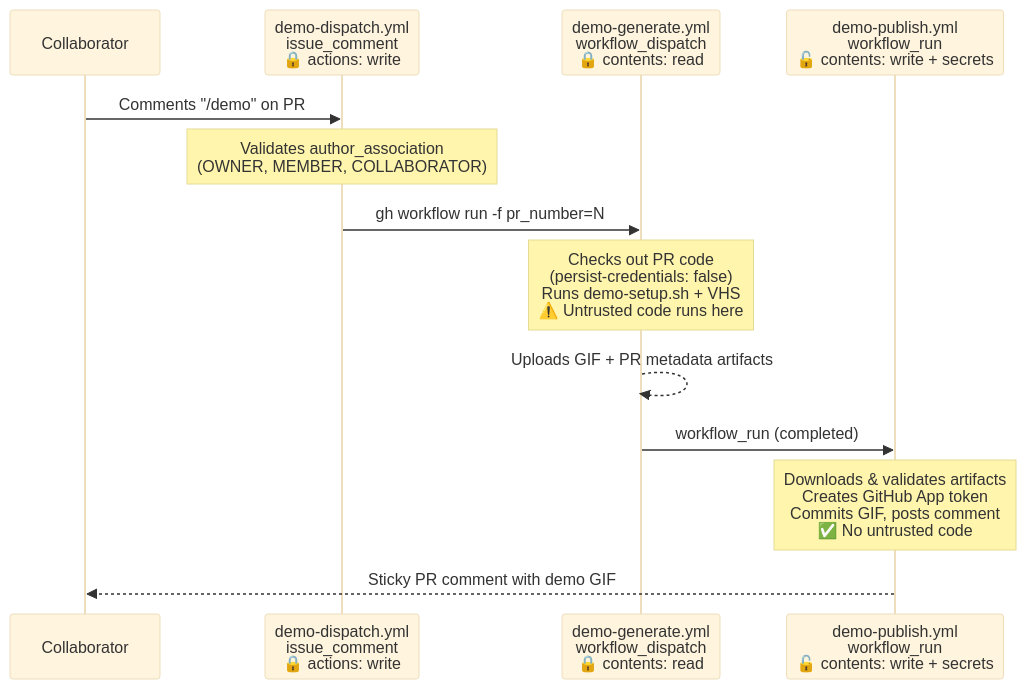
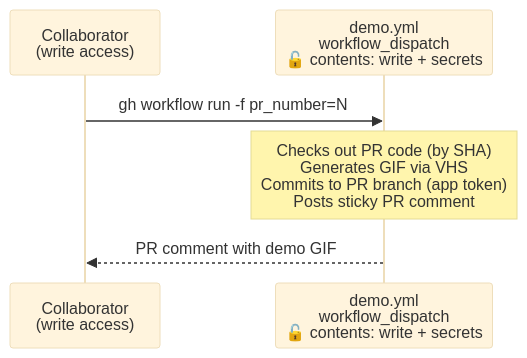
Before and after one commit to sethrylan/readis: the diagram in docs/readme.md, drawn with Mermaid (base theme). The commit also changed other lines of this file and 4 other files, not shown here.

Commit message:
ci(refactor): simplify demo workflow to only dispatch (#135)

````diff
--- a/docs/readme.md
+++ b/docs/readme.md
@@ -41,16 +41,9 @@
 ```mermaid
 sequenceDiagram
-    participant U as Collaborator
-    participant T as demo-dispatch.yml<br/>issue_comment<br/>🔒 actions: write
-    participant G as demo-generate.yml<br/>workflow_dispatch<br/>🔒 contents: read
-    participant P as demo-publish.yml<br/>workflow_run<br/>🔓 contents: write + secrets
+    participant U as Collaborator<br/>(write access)
+    participant D as demo.yml<br/>workflow_dispatch<br/>🔓 contents: write + secrets
 
-    U->>T: Comments "/demo" on PR
-    Note over T: Validates author_association<br/>(OWNER, MEMBER, COLLABORATOR)
-    T->>G: gh workflow run -f pr_number=N
-    Note over G: Checks out PR code<br/>(persist-credentials: false)<br/>Runs demo-setup.sh + VHS<br/>⚠️ Untrusted code runs here
-    G-->>G: Uploads GIF + PR metadata artifacts
-    G->>P: workflow_run (completed)
-    Note over P: Downloads & validates artifacts<br/>Creates GitHub App token<br/>Commits GIF, posts comment<br/>✅ No untrusted code
-    P-->>U: Sticky PR comment with demo GIF
+    U->>D: gh workflow run -f pr_number=N
+    Note over D: Checks out PR code (by SHA)<br/>Generates GIF via VHS<br/>Commits to PR branch (app token)<br/>Posts sticky PR comment
+    D-->>U: PR comment with demo GIF
 ```
````
